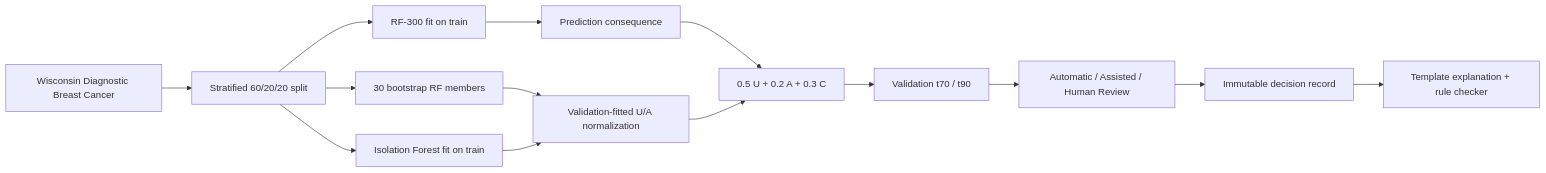
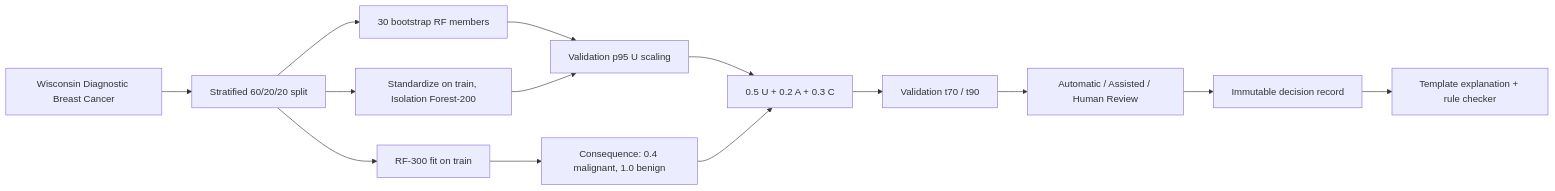
Before and after one commit to ketaki224917/risk-aware-abstention-system: the diagram in README.md, drawn with Mermaid. The commit also changed other lines of this file and 131 other files, not shown here.

````diff
--- a/README.md
+++ b/README.md
@@ -41,16 +47,16 @@
 ```mermaid
 flowchart LR
     D[Wisconsin Diagnostic Breast Cancer] --> S[Stratified 60/20/20 split]
     S --> M[RF-300 fit on train]
     S --> U[30 bootstrap RF members]
-    S --> A[Isolation Forest fit on train]
-    M --> C[Prediction consequence]
-    U --> N[Validation-fitted U/A normalization]
+    S --> A[Standardize on train, Isolation Forest-200]
+    M --> C[Consequence: 0.4 malignant, 1.0 benign]
+    U --> N[Validation p95 U scaling]
     A --> N
-    C --> R[0.5 U + 0.2 A + 0.3 C]
-    N --> R
+    N --> R[0.5 U + 0.2 A + 0.3 C]
+    C --> R
     R --> T[Validation t70 / t90]
     T --> P[Automatic / Assisted / Human Review]
     P --> E[Immutable decision record]
     E --> X[Template explanation + rule checker]
 ```
````
